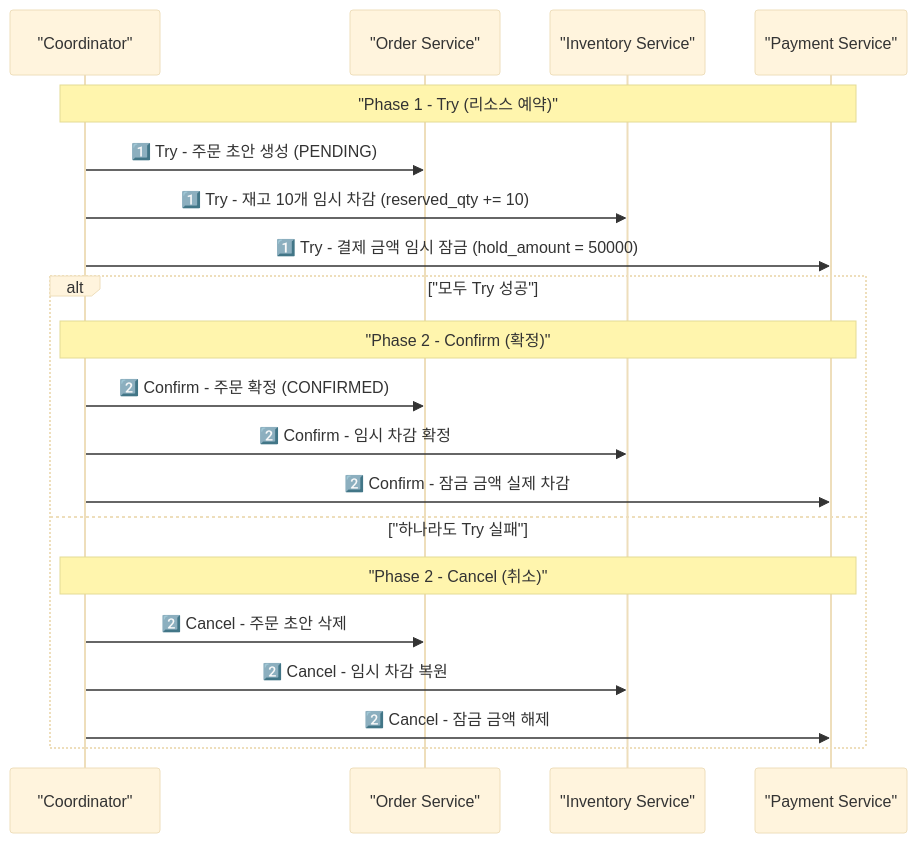
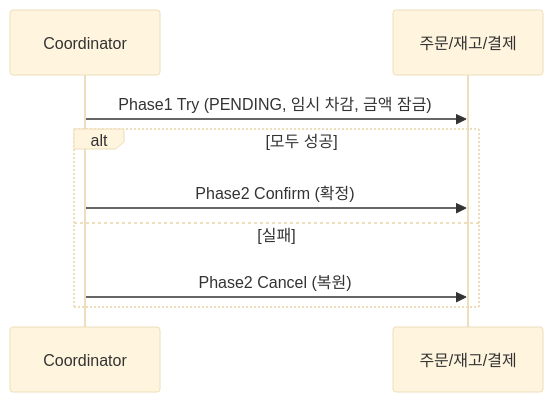
One commit to yjkim2015/yjkim2015.github.io changed the sixth of 8 diagrams in _posts/spring/2026-05-01-distributed-transaction.md. Above: the diagram before and after it, drawn with Mermaid (base theme). The commit also changed other lines of this file and 215 other files, not shown here.

First line of the commit message:
신규 포스트 10개 추가 + Mermaid 전면 축소 + SystemDesign 시리즈 보강

````diff
--- a/_posts/spring/2026-05-01-distributed-transaction.md
+++ b/_posts/spring/2026-05-01-distributed-transaction.md
@@ -240,24 +221,11 @@
 ```mermaid
 sequenceDiagram
-    participant CO as "Coordinator"
-    participant OS as "Order Service"
-    participant IS as "Inventory Service"
-    participant PS as "Payment Service"
-
-    Note over CO,PS: "Phase 1 - Try (리소스 예약)"
-    CO->>OS: 1️⃣ Try - 주문 초안 생성 (PENDING)
-    CO->>IS: 1️⃣ Try - 재고 10개 임시 차감 (reserved_qty += 10)
-    CO->>PS: 1️⃣ Try - 결제 금액 임시 잠금 (hold_amount = 50000)
-
-    alt "모두 Try 성공"
-        Note over CO,PS: "Phase 2 - Confirm (확정)"
-        CO->>OS: 2️⃣ Confirm - 주문 확정 (CONFIRMED)
-        CO->>IS: 2️⃣ Confirm - 임시 차감 확정
-        CO->>PS: 2️⃣ Confirm - 잠금 금액 실제 차감
-    else "하나라도 Try 실패"
-        Note over CO,PS: "Phase 2 - Cancel (취소)"
-        CO->>OS: 2️⃣ Cancel - 주문 초안 삭제
-        CO->>IS: 2️⃣ Cancel - 임시 차감 복원
-        CO->>PS: 2️⃣ Cancel - 잠금 금액 해제
+    participant CO as Coordinator
+    participant SVC as 주문/재고/결제
+    CO->>SVC: Phase1 Try (PENDING, 임시 차감, 금액 잠금)
+    alt 모두 성공
+        CO->>SVC: Phase2 Confirm (확정)
+    else 실패
+        CO->>SVC: Phase2 Cancel (복원)
     end
 ```
````
